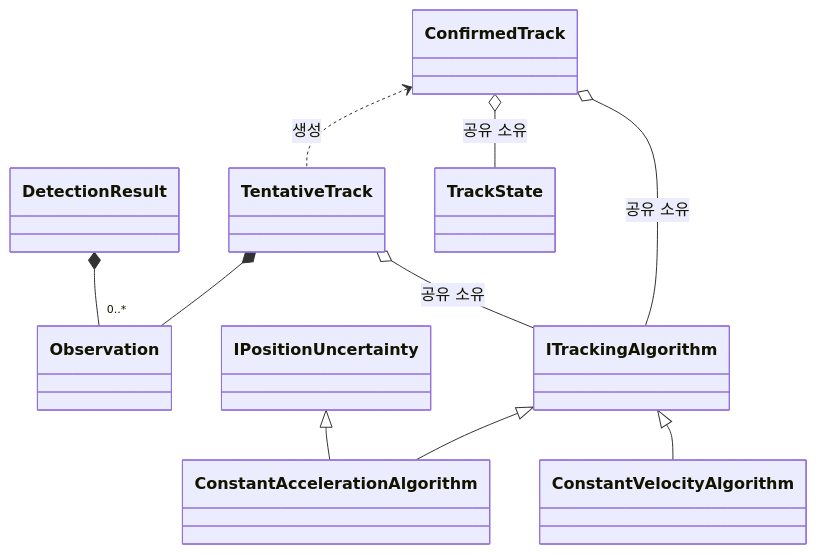
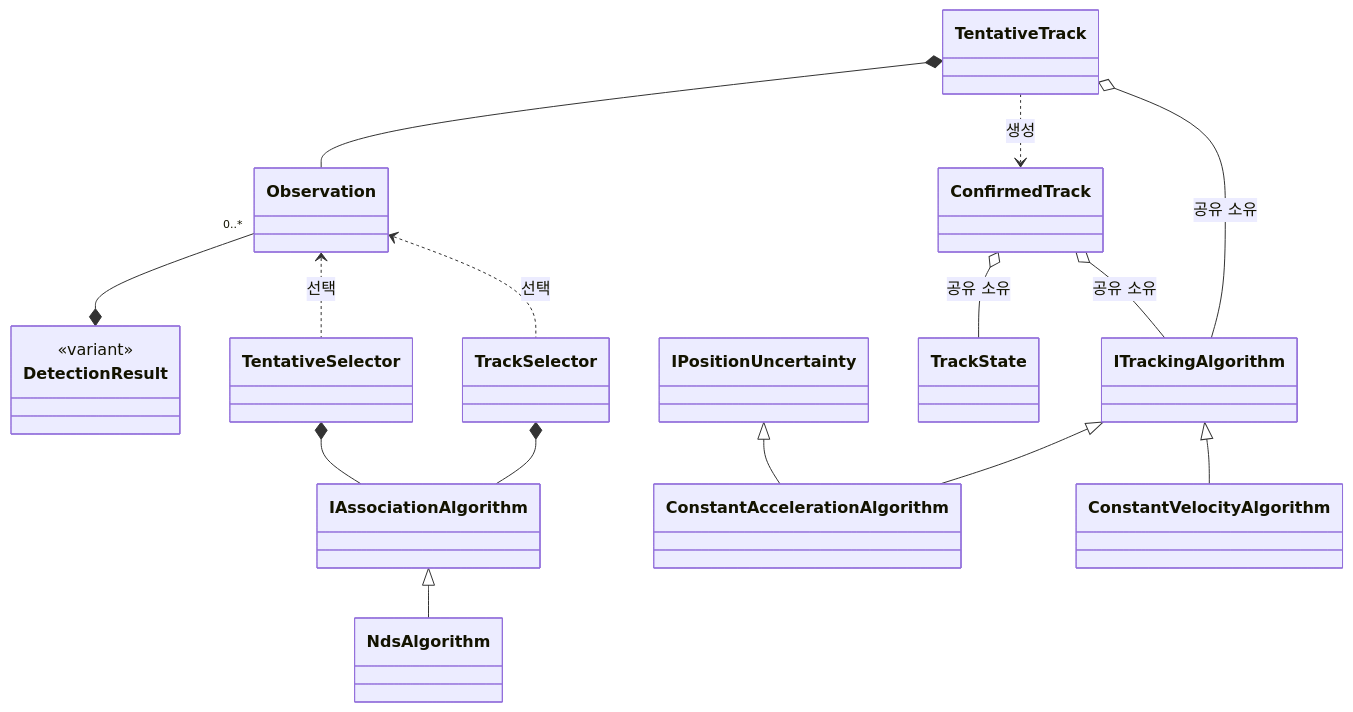
One commit to AESAlien/aesa-processor changed the second of 3 diagrams in src/target/README.md. Above: the diagram before and after it, drawn with Mermaid. The commit also changed other lines of this file and 114 other files, not shown here.

````diff
--- a/src/target/README.md
+++ b/src/target/README.md
@@ -41,18 +41,26 @@
 ```mermaid
 classDiagram
     direction TB
 
-    DetectionResult *-- "0..*" Observation
+    class DetectionResult {
+        <<variant>>
+    }
+
     TentativeTrack *-- Observation
+    Observation "0..*" --* DetectionResult
     ConfirmedTrack o-- TrackState : 공유 소유
-    ConfirmedTrack <.. TentativeTrack  : 생성
+    TentativeTrack ..> ConfirmedTrack : 생성
 
     TentativeTrack o-- ITrackingAlgorithm : 공유 소유
     ConfirmedTrack o-- ITrackingAlgorithm : 공유 소유
 
     IPositionUncertainty <|-- ConstantAccelerationAlgorithm
     ITrackingAlgorithm <|-- ConstantAccelerationAlgorithm
     ITrackingAlgorithm <|-- ConstantVelocityAlgorithm
 
-    
+    Observation <.. TentativeSelector : 선택
+    Observation <.. TrackSelector : 선택
+    TentativeSelector *-- IAssociationAlgorithm
+    TrackSelector *-- IAssociationAlgorithm
+    IAssociationAlgorithm <|-- NdsAlgorithm
 ```
````
